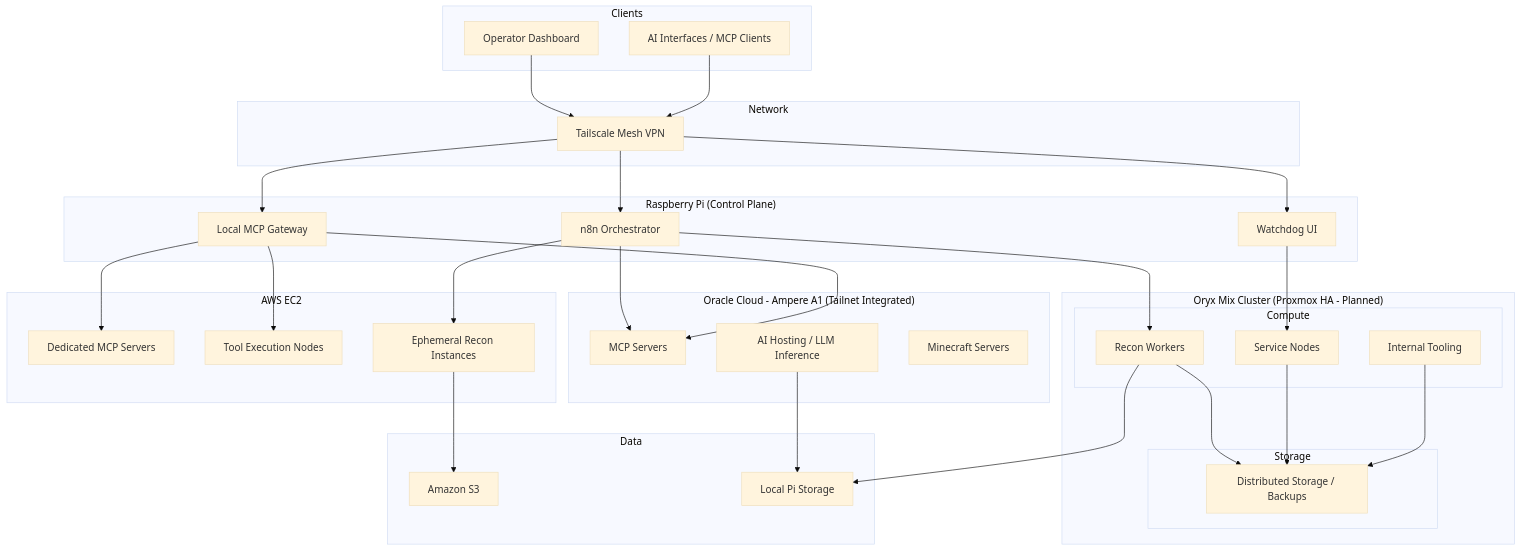
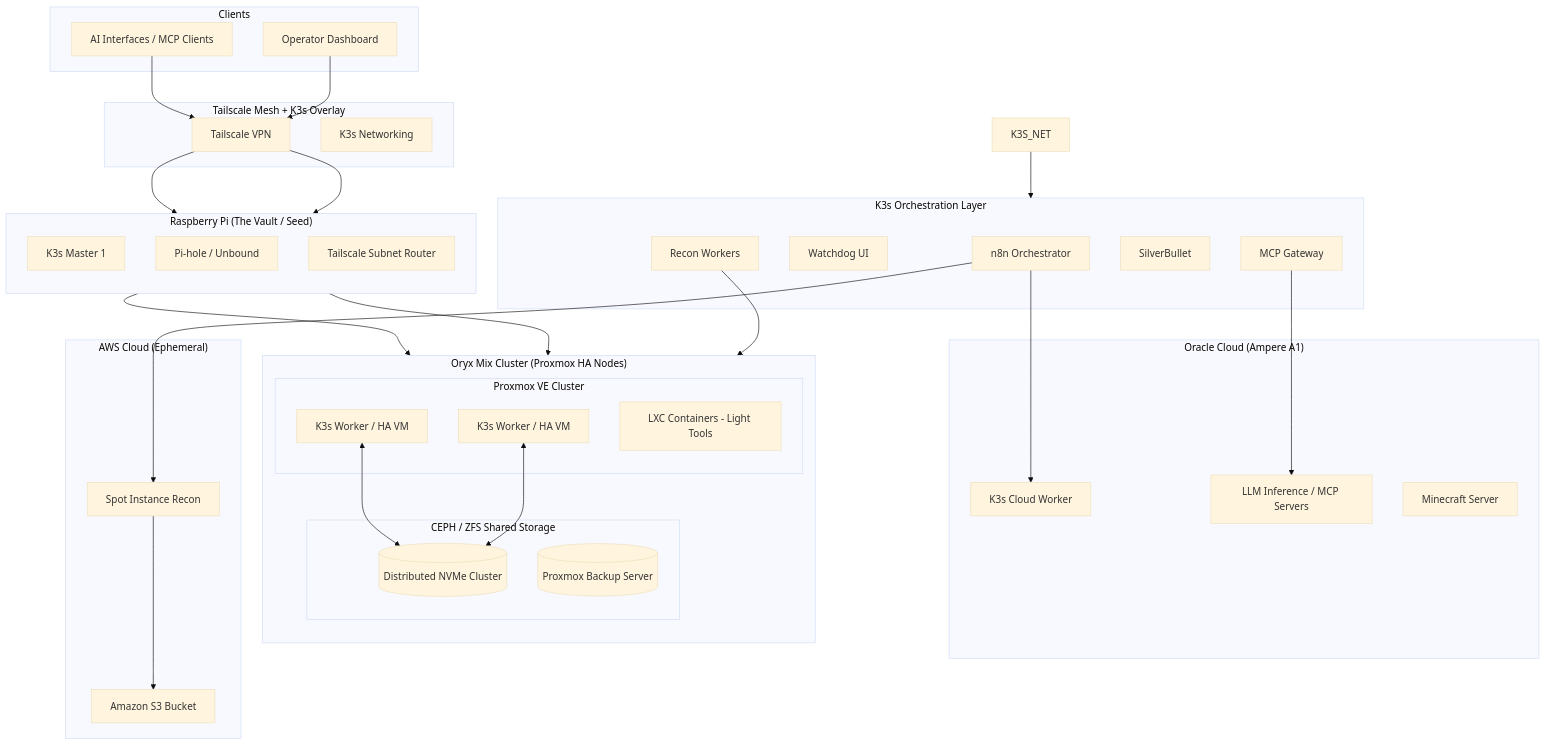
One commit to MKMithun2806/MKMithun2806 changed the first of 2 diagrams in README.md. Above: the diagram before and after it, drawn with Mermaid (base theme). The commit also changed other lines of this file, not shown here.

````diff
--- a/README.md
+++ b/README.md
@@ -106,81 +106,76 @@
     U2[AI Interfaces / MCP Clients]
 end
 
-%% ================= NETWORK =================
-subgraph Network
-    TS[Tailscale Mesh VPN]
+%% ================= NETWORK MESH =================
+subgraph Network_Fabric[Tailscale Mesh + K3s Overlay]
+    TS[Tailscale VPN]
+    K8S_CNI[K3s Networking]
 end
 
 U1 --> TS
 U2 --> TS
 
-%% ================= CONTROL LAYER =================
-subgraph Control["Raspberry Pi (Control Plane)"]
+%% ================= BUNKER LAYER =================
+subgraph Pi_Bunker["Raspberry Pi (The Vault / Seed)"]
+    direction TB
+    K3S_M[K3s Master 1]
+    DNS[Pi-hole / Unbound]
+    TS_SUB[Tailscale Subnet Router]
+end
 
+TS --> K3S_M
+TS --> DNS
+
+%% ================= ORYX CLUSTER (HA) =================
+subgraph OROX["Oryx Mix Cluster (Proxmox HA Nodes)"]
+    direction TB
+    
+    subgraph PVE_HA[Proxmox VE Cluster]
+        K3S_W1[K3s Worker / HA VM]
+        K3S_W2[K3s Worker / HA VM]
+        LXC_TOOLS[LXC Containers - Light Tools]
+    end
+
+    subgraph HA_Storage[CEPH / ZFS Shared Storage]
+        ST1[(Distributed NVMe Cluster)]
+        BK[(Proxmox Backup Server)]
+    end
+
+    K3S_W1 <--> ST1
+    K3S_W2 <--> ST1
+end
+
+%% ================= DISTRIBUTED SERVICES =================
+subgraph K3S_SERVICES[K3s Orchestration Layer]
     N8N[n8n Orchestrator]
     WATCH[Watchdog UI]
-    MCP_LOCAL[Local MCP Gateway]
-
+    MCP_GATE[MCP Gateway]
+    SB[SilverBullet]
+    RECON_W[Recon Workers]
 end
 
-TS --> N8N
-TS --> WATCH
-TS --> MCP_LOCAL
+K3S_M --> K3S_W1
+K3S_M --> K3S_W2
 
-%% ================= OROX CLUSTER =================
-subgraph OROX["Oryx Mix Cluster (Proxmox HA - Planned)"]
-
-    subgraph Compute
-        VM1[Recon Workers]
-        VM2[Service Nodes]
-        VM3[Internal Tooling]
-    end
-
-    subgraph Storage
-        NAS[Distributed Storage / Backups]
-    end
-
-    VM1 --> NAS
-    VM2 --> NAS
-    VM3 --> NAS
-
+%% ================= CLOUD EXTENSIONS =================
+subgraph OCI["Oracle Cloud (Ampere A1)"]
+    OCI_W[K3s Cloud Worker]
+    AI_HOST[LLM Inference / MCP Servers]
+    MC[Minecraft Server]
 end
 
-N8N --> VM1
-WATCH --> VM2
-
-%% ================= OCI AMPERE =================
-subgraph OCI["Oracle Cloud - Ampere A1 (Tailnet Integrated)"]
-
-    MCP_AI[MCP Servers]
-    AI_HOST[AI Hosting / LLM Inference]
-    MC[Minecraft Servers]
-
+subgraph AWS["AWS Cloud (Ephemeral)"]
+    EC2_SPOT[Spot Instance Recon]
+    S3[Amazon S3 Bucket]
 end
 
-N8N --> MCP_AI
-MCP_LOCAL --> MCP_AI
+%% ================= DATA FLOWS =================
+N8N --> OCI_W
+N8N --> EC2_SPOT
+MCP_GATE --> AI_HOST
+EC2_SPOT --> S3
+RECON_W --> ST1
 
-%% ================= AWS =================
-subgraph AWS["AWS EC2"]
-
-    MCP1[Dedicated MCP Servers]
-    MCP2[Tool Execution Nodes]
-    RECON[Ephemeral Recon Instances]
-
-end
-
-N8N --> RECON
-MCP_LOCAL --> MCP1
-MCP_LOCAL --> MCP2
-
-%% ================= DATA FLOW =================
-subgraph Data
-    S3[Amazon S3]
-    PI_STORAGE[Local Pi Storage]
-end
-
-RECON --> S3
-VM1 --> PI_STORAGE
-AI_HOST --> PI_STORAGE
+%% Relationships
+K3S_NET --> K3S_SERVICES
 ```
````
